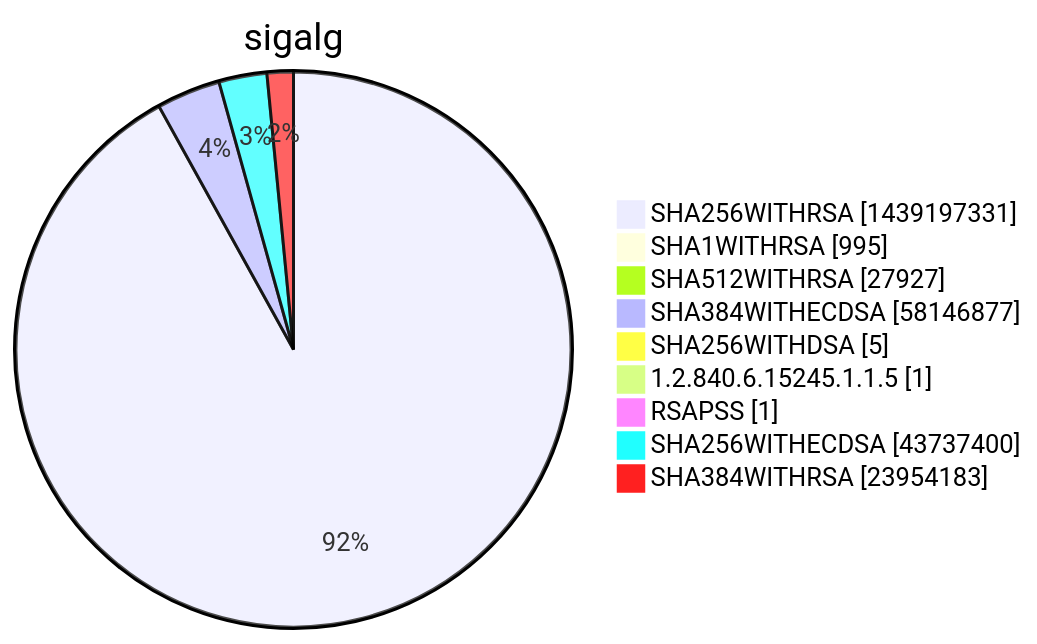
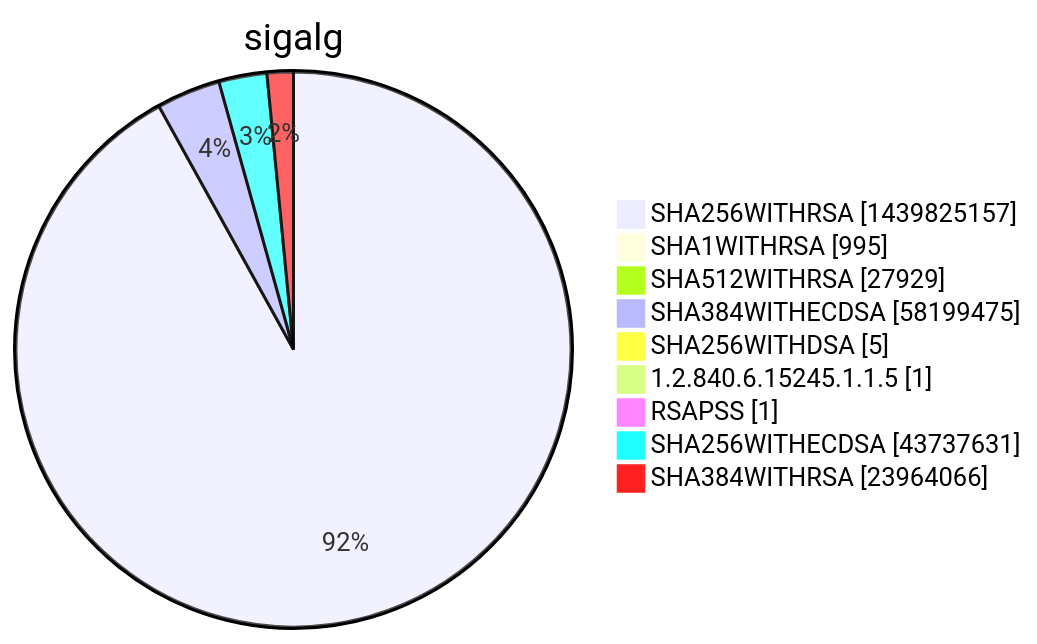
Before and after one commit to christiankrug/ctmonitor_visualization: diagram 15 of 15 in xenon2022/README.md, drawn with Mermaid. The commit also changed other lines of this file, not shown here.

````diff
--- a/xenon2022/README.md
+++ b/xenon2022/README.md
@@ -5861,13 +5861,13 @@
 ```mermaid
 pie showData
 title sigalg
-"SHA256WITHRSA" :1439197331
+"SHA256WITHRSA" :1439825157
 "SHA1WITHRSA" :995
-"SHA512WITHRSA" :27927
-"SHA384WITHECDSA" :58146877
+"SHA512WITHRSA" :27929
+"SHA384WITHECDSA" :58199475
 "SHA256WITHDSA" :5
 "1.2.840.6.15245.1.1.5" :1
 "RSAPSS" :1
-"SHA256WITHECDSA" :43737400
-"SHA384WITHRSA" :23954183
+"SHA256WITHECDSA" :43737631
+"SHA384WITHRSA" :23964066
 ```
````
